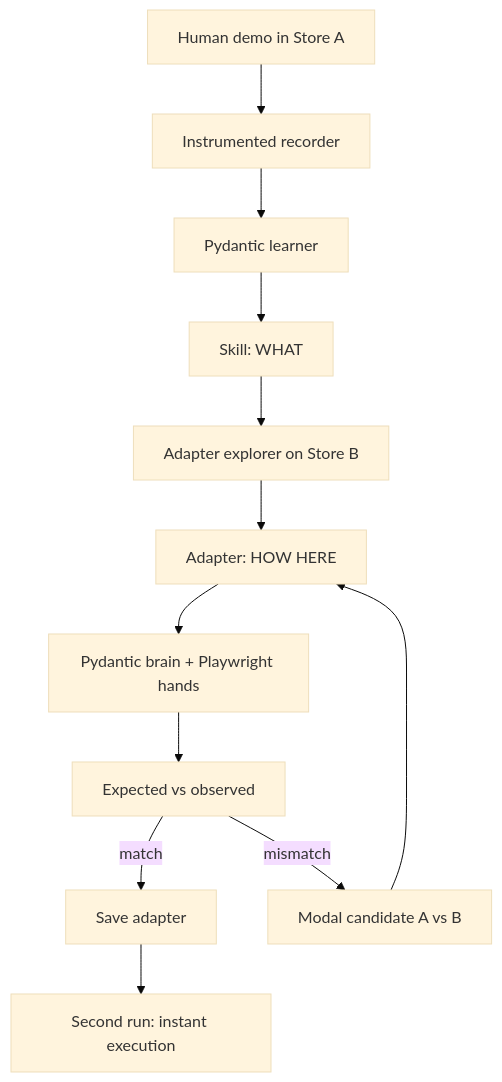
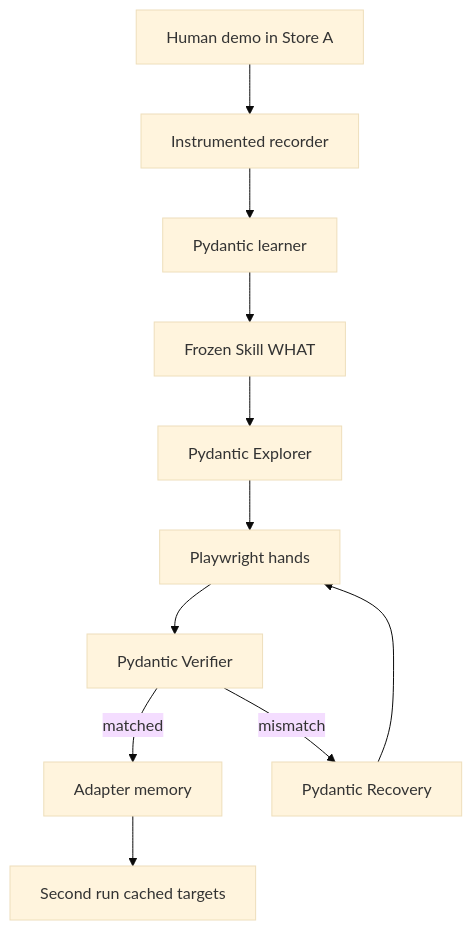
One commit to Lachin7/SkillShift changed the diagram in ARCHITECTURE.md. Above: the diagram before and after it, drawn with Mermaid (base theme). The commit also changed other lines of this file and 141 other files, not shown here.

First line of the commit message:
Ship judge-facing submission pack and sync the full SkillShift demo.

````diff
--- a/ARCHITECTURE.md
+++ b/ARCHITECTURE.md
@@ -16,19 +16,18 @@
 ```mermaid
 flowchart TD
   demo[Human demo in Store A]
   recorder[Instrumented recorder]
   learner[Pydantic learner]
-  skill[Skill: WHAT]
-  explorer[Adapter explorer on Store B]
-  adapter[Adapter: HOW HERE]
-  executor[Pydantic brain + Playwright hands]
-  verifier[Expected vs observed]
-  persist[Save adapter]
-  modal[Modal candidate A vs B]
-  run2[Second run: instant execution]
+  skill[Frozen Skill WHAT]
+  explore[Pydantic Explorer]
+  act[Playwright hands]
+  verify[Pydantic Verifier]
+  recover[Pydantic Recovery]
+  adapter[Adapter memory]
+  run2[Second run cached targets]
 
-  demo --> recorder --> learner --> skill --> explorer --> adapter
-  adapter --> executor --> verifier
-  verifier -->|match| persist --> run2
-  verifier -->|mismatch| modal --> adapter
+  demo --> recorder --> learner --> skill
+  skill --> explore --> act --> verify
+  verify -->|matched| adapter --> run2
+  verify -->|mismatch| recover --> act
 ```
````
